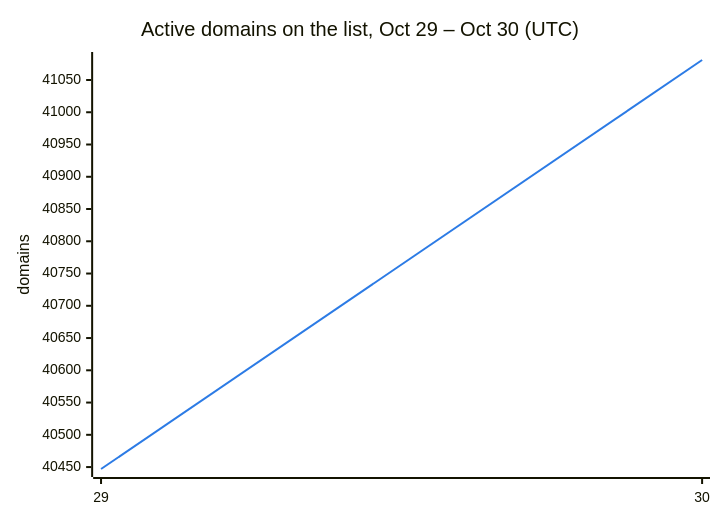
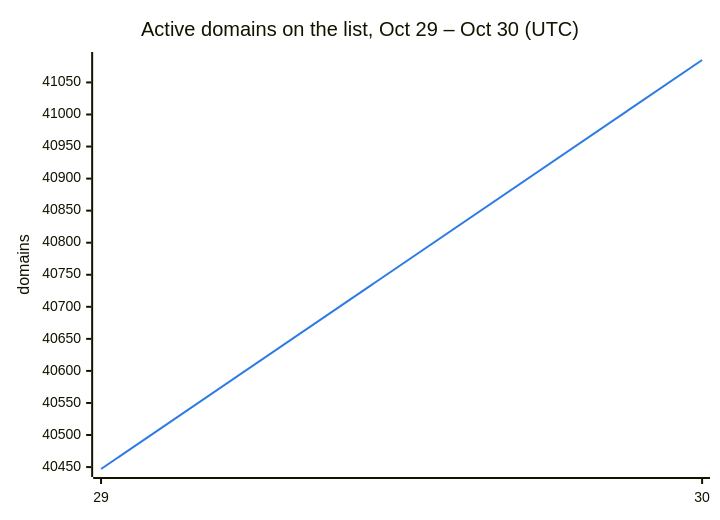
Before and after one commit to DNSBunker/CTI: the second of 3 diagrams in README.md, drawn with Mermaid. The commit also changed other lines of this file and 3 other files, not shown here.

````diff
--- a/README.md
+++ b/README.md
@@ -38,8 +38,8 @@
 ```mermaid
 %%{init: {"themeVariables": {"xyChart": {"plotColorPalette": "#2c7be5"}}}}%%
 xychart-beta
     title "Active domains on the list, Oct 29 – Oct 30 (UTC)"
     x-axis ["29", "30"]
     y-axis "domains"
-    line [40447, 41081]
+    line [40447, 41085]
 ```
````
